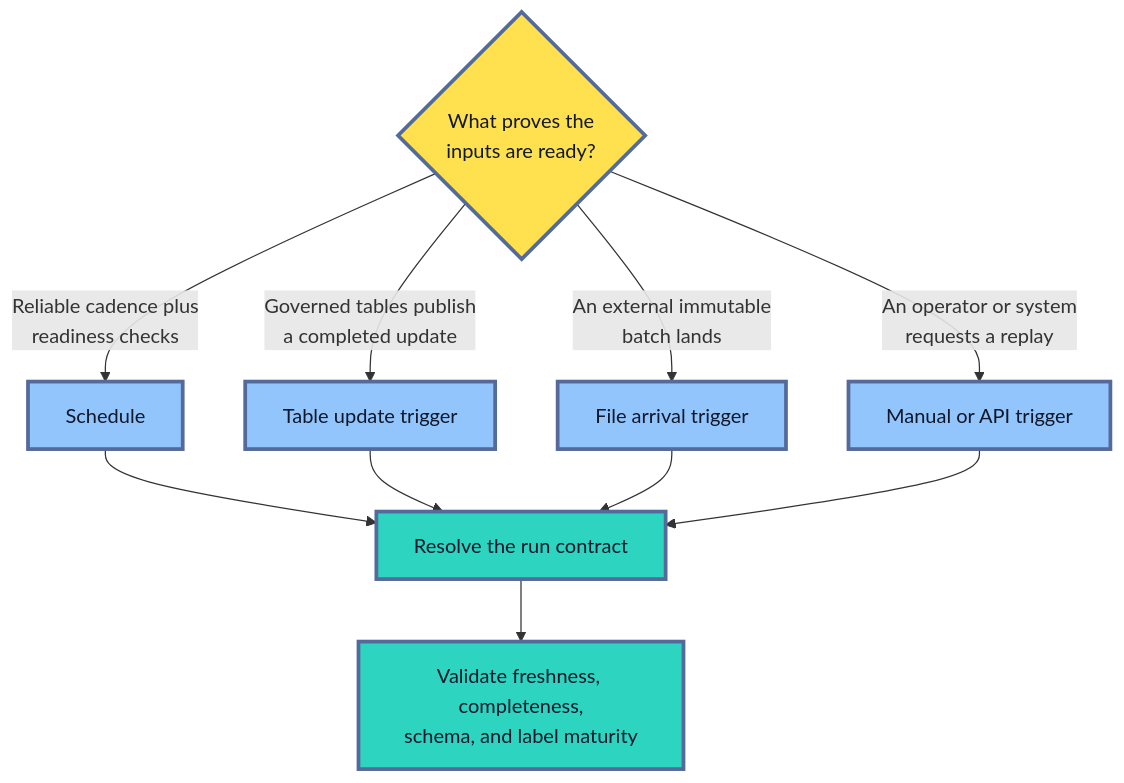
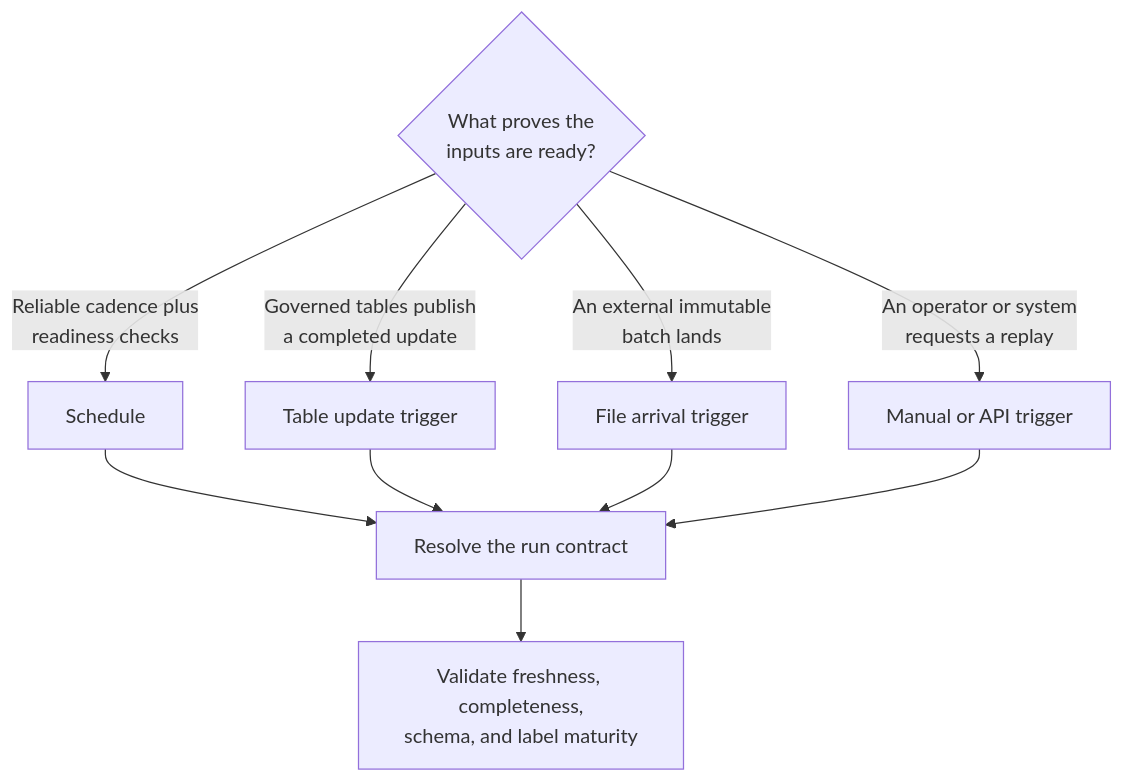
Before and after one commit to senlinyy/dev-roadmaps: the fourth of 5 diagrams in roadmaps/mlops/modules/mlops-infrastructure/cloud-mlops-services/databricks-mlops/05-production-training-lakeflow-jobs.md, drawn with Mermaid. The commit also changed other lines of this file and 152 other files, not shown here.

Commit message:
feat: mlops and diagrams updated

````diff
--- a/roadmaps/mlops/modules/mlops-infrastructure/cloud-mlops-services/databricks-mlops/05-production-training-lakeflow-jobs.md
+++ b/roadmaps/mlops/modules/mlops-infrastructure/cloud-mlops-services/databricks-mlops/05-production-training-lakeflow-jobs.md
@@ -394,21 +382,18 @@
 ```mermaid
 flowchart TD
     A{"What proves the<br/>inputs are ready?"}
     A -->|"Reliable cadence plus<br/>readiness checks"| B["Schedule"]
     A -->|"Governed tables publish<br/>a completed update"| C["Table update trigger"]
     A -->|"An external immutable<br/>batch lands"| D["File arrival trigger"]
     A -->|"An operator or system<br/>requests a replay"| E["Manual or API trigger"]
 
     B --> F["Resolve the run contract"]
     C --> F
     D --> F
     E --> F
     F --> G["Validate freshness, completeness,<br/>schema, and label maturity"]
 
-    classDef question fill:#FFE04F,stroke:#536A9A,stroke-width:3px,color:#111827
-    classDef choice fill:#93C5FD,stroke:#536A9A,stroke-width:3px,color:#0F172A
-    classDef verify fill:#2DD4BF,stroke:#536A9A,stroke-width:3px,color:#0F172A
     class A question
     class B,C,D,E choice
     class F,G verify
 ```
````
